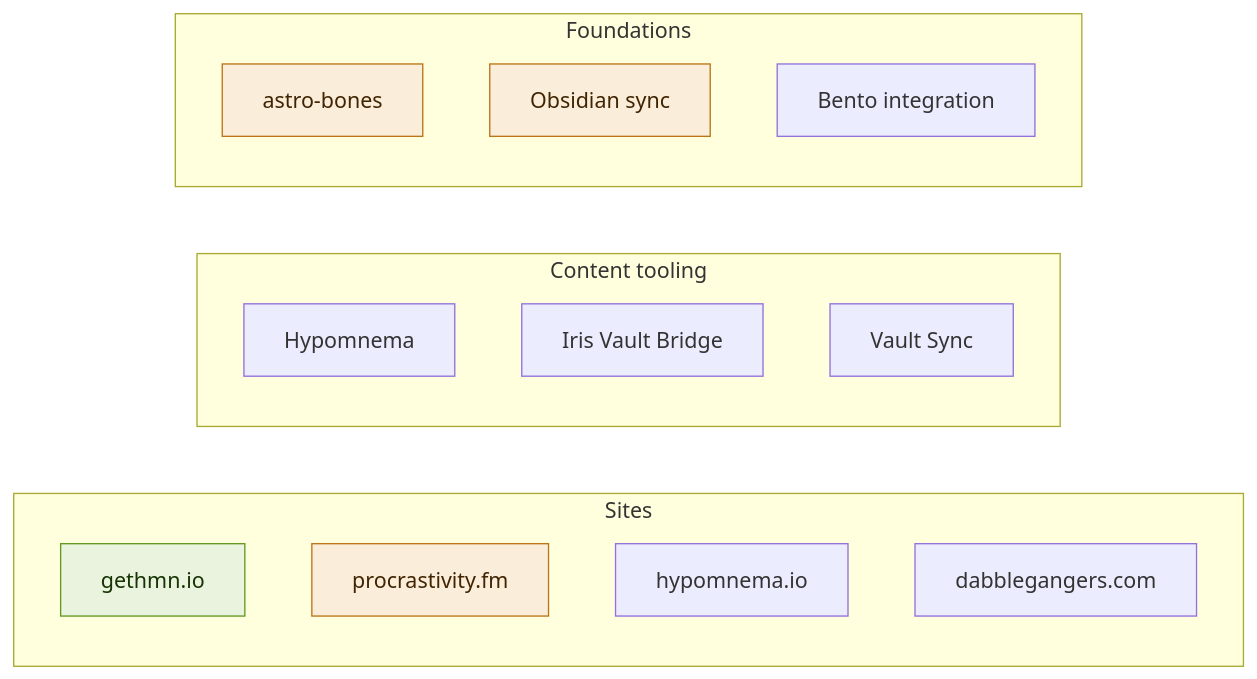
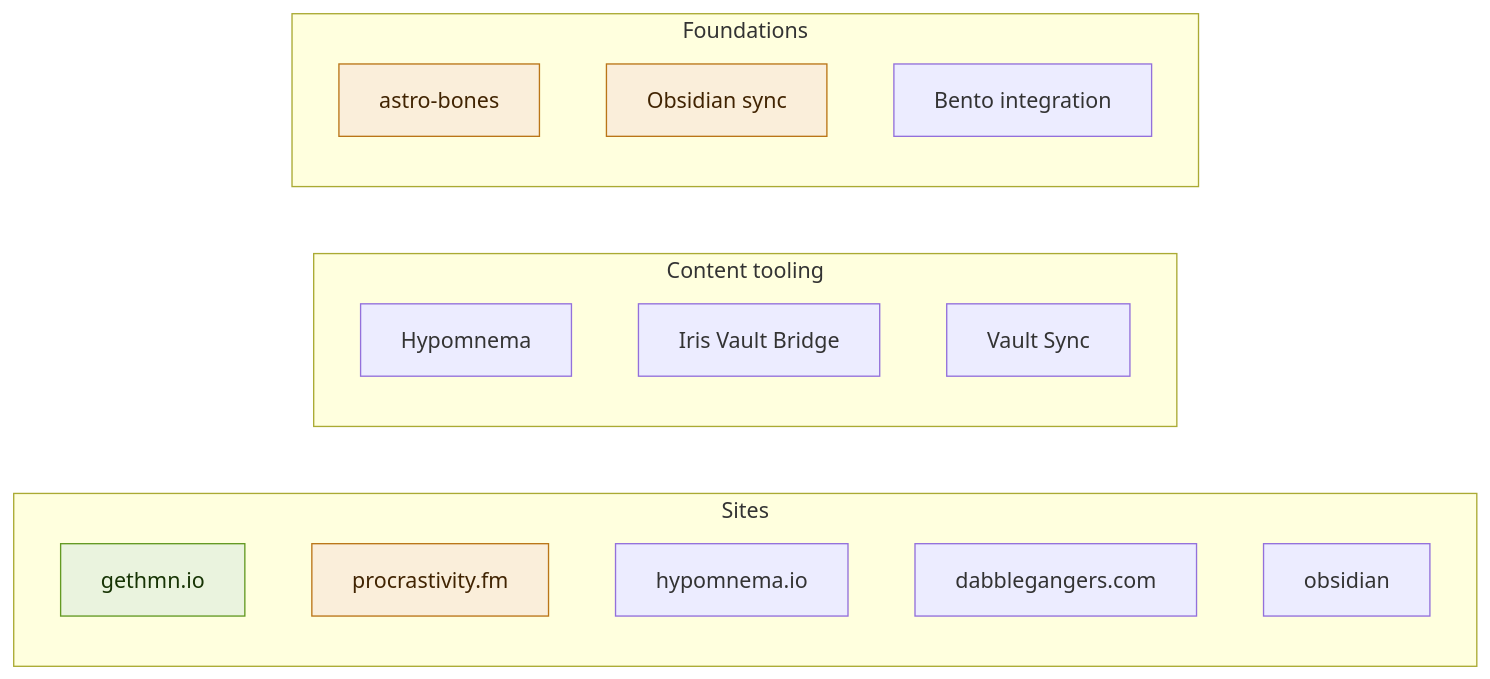
One commit to simensen/beausimensen-com-content changed the diagram in pages/now.md. Above: the diagram before and after it, drawn with Mermaid.

Commit message:
sync 2026-05-25T02:45:17Z

````diff
--- a/pages/now.md
+++ b/pages/now.md
@@ -12,26 +12,27 @@
 ```mermaid
 flowchart LR
     subgraph Sites
         gethmn[gethmn.io]
         procrastivity[procrastivity.fm]
         hyposite[hypomnema.io]
         dabble[dabblegangers.com]
+        obsidian
     end
 
     subgraph "Content tooling"
         hypomnema[Hypomnema]
         bridge[Iris Vault Bridge]
         vsync[Vault Sync]
     end
 
     subgraph Foundations
         bones[astro-bones]
         sync[Obsidian sync]
         bento[Bento integration]
     end
 
     classDef shipped fill:#EAF3DE,stroke:#639922,color:#173404
     classDef active fill:#FAEEDA,stroke:#BA7517,color:#412402
     class gethmn shipped
     class procrastivity,bones,sync active
 ```
````
